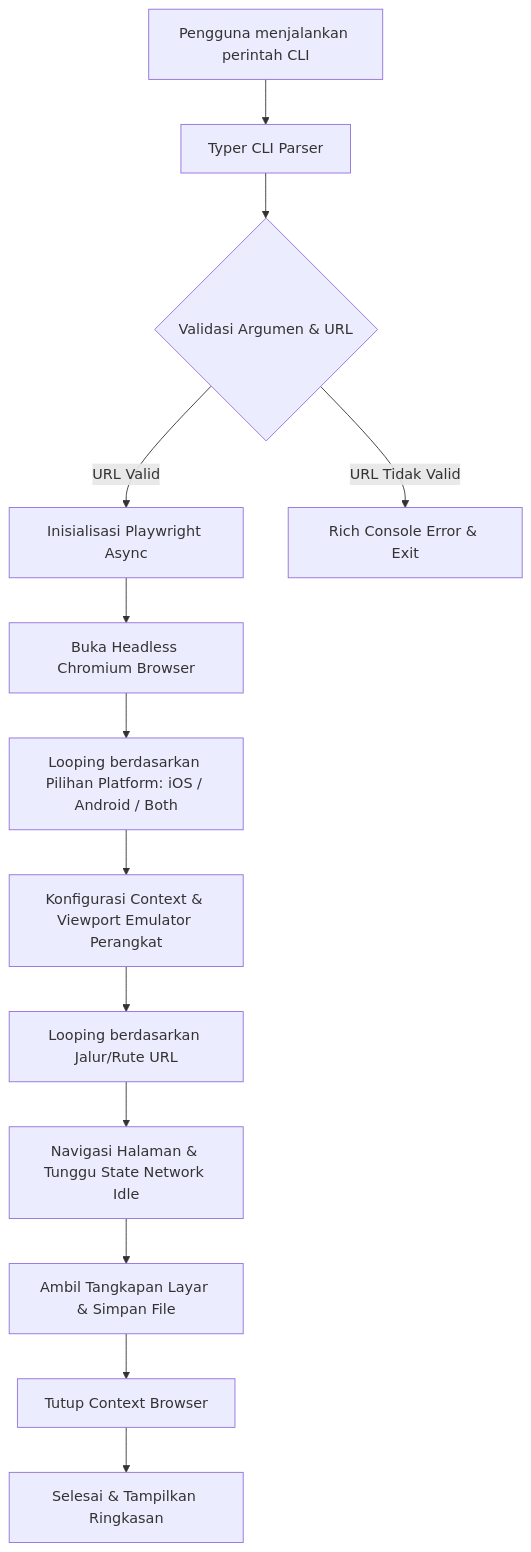
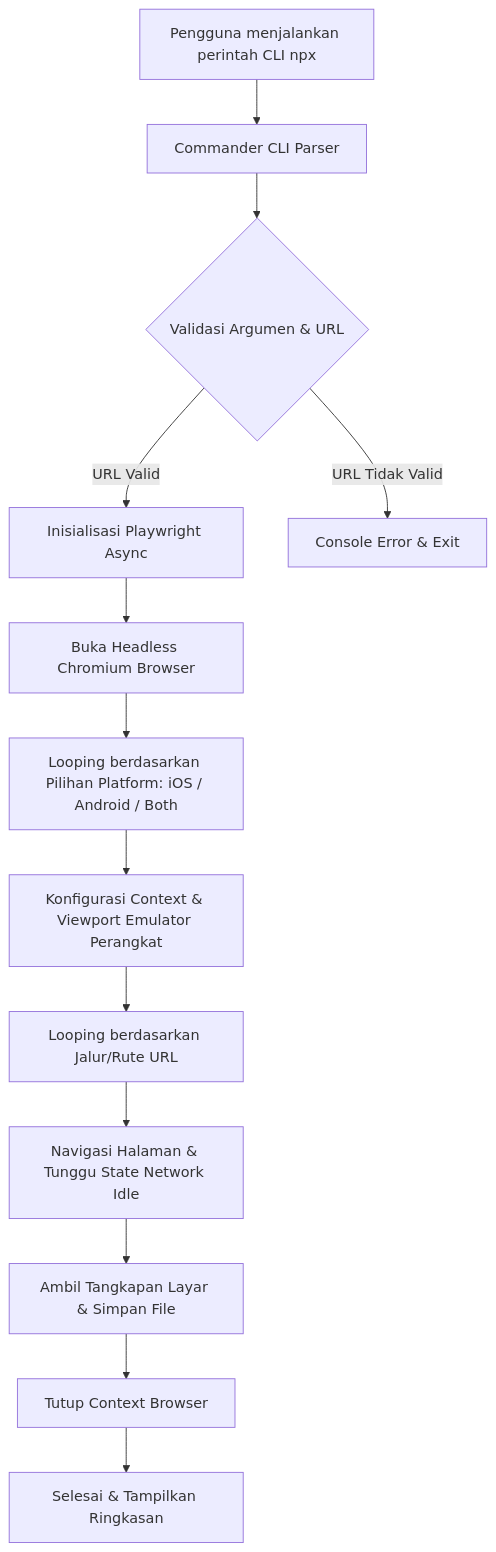
The diagram in README.md (firstryan/mobile-snap), drawn with Mermaid before and after one commit. The commit also changed other lines of this file and 9 other files, not shown here.

````diff
--- a/README.md
+++ b/README.md
@@ -11,15 +11,15 @@
 ```mermaid
 graph TD
-    A[Pengguna menjalankan perintah CLI] --> B[Typer CLI Parser]
+    A[Pengguna menjalankan perintah CLI npx] --> B[Commander CLI Parser]
     B --> C{Validasi Argumen & URL}
     C -->|URL Valid| D[Inisialisasi Playwright Async]
-    C -->|URL Tidak Valid| E[Rich Console Error & Exit]
+    C -->|URL Tidak Valid| E[Console Error & Exit]
     D --> F[Buka Headless Chromium Browser]
     F --> G[Looping berdasarkan Pilihan Platform: iOS / Android / Both]
     G --> H[Konfigurasi Context & Viewport Emulator Perangkat]
     H --> I[Looping berdasarkan Jalur/Rute URL]
     I --> J[Navigasi Halaman & Tunggu State Network Idle]
     J --> K[Ambil Tangkapan Layar & Simpan File]
     K --> L[Tutup Context Browser]
     L --> M[Selesai & Tampilkan Ringkasan]
 ```
````
